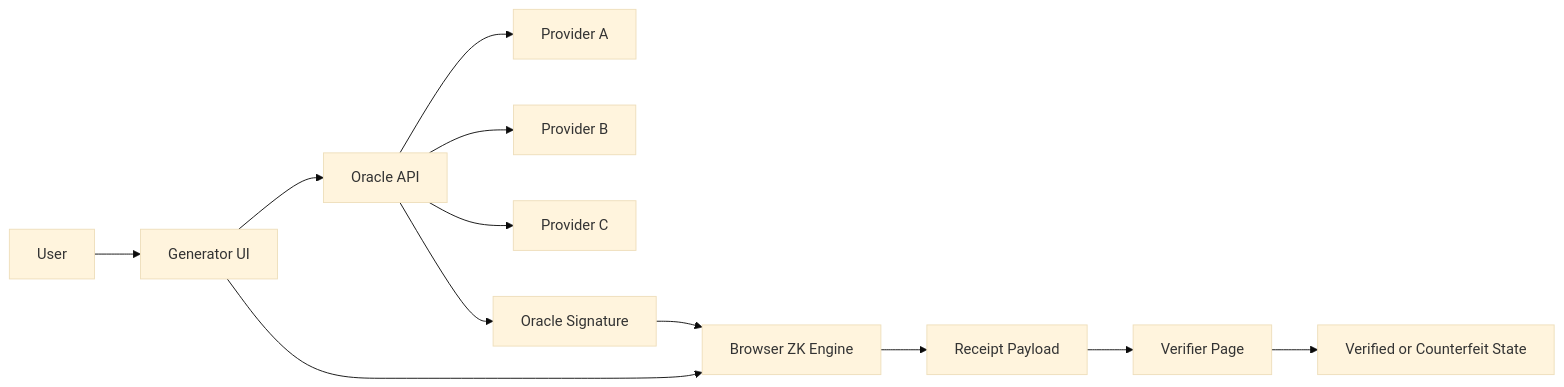
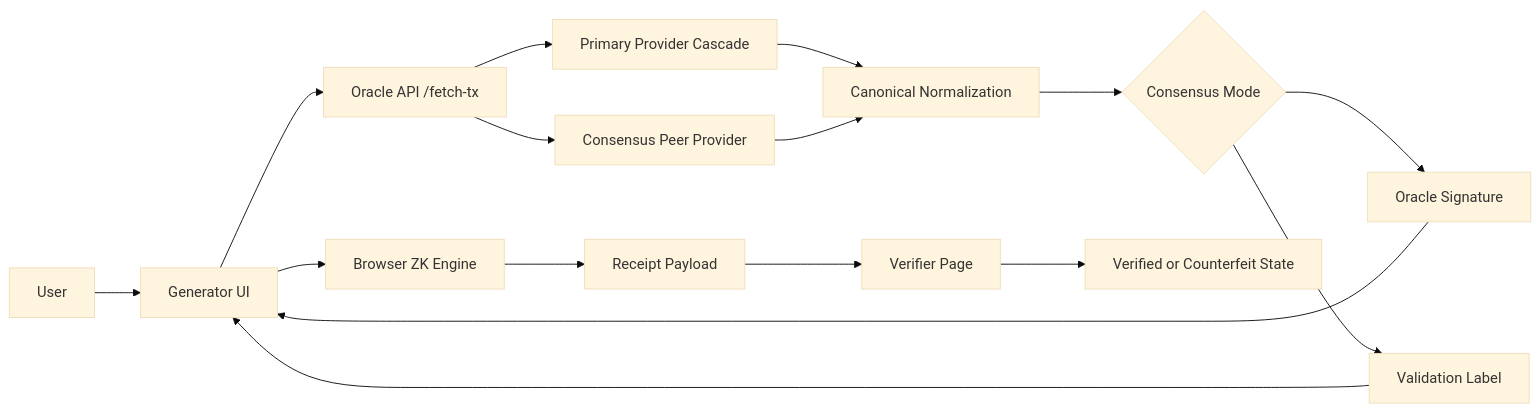
Before and after one commit to Teycir/Ghostreceipt: the first of 2 diagrams in README.md, drawn with Mermaid (base theme). The commit also changed other lines of this file and 4 other files, not shown here.

````diff
--- a/README.md
+++ b/README.md
@@ -97,14 +99,18 @@
 ```mermaid
 flowchart LR
     U[User] --> G[Generator UI]
-    G --> O[Oracle API]
-    O --> P1[Provider A]
-    O --> P2[Provider B]
-    O --> P3[Provider C]
-    O --> S[Oracle Signature]
+    G --> O[Oracle API /fetch-tx]
+    O --> P1[Primary Provider Cascade]
+    O --> P2[Consensus Peer Provider]
+    P1 --> N[Canonical Normalization]
+    P2 --> N
+    N --> D{Consensus Mode}
+    D --> S[Oracle Signature]
+    D --> L[Validation Label]
+    S --> G
+    L --> G
     G --> ZK[Browser ZK Engine]
-    S --> ZK
     ZK --> R[Receipt Payload]
     R --> V[Verifier Page]
     V --> OUT[Verified or Counterfeit State]
 ```
````
